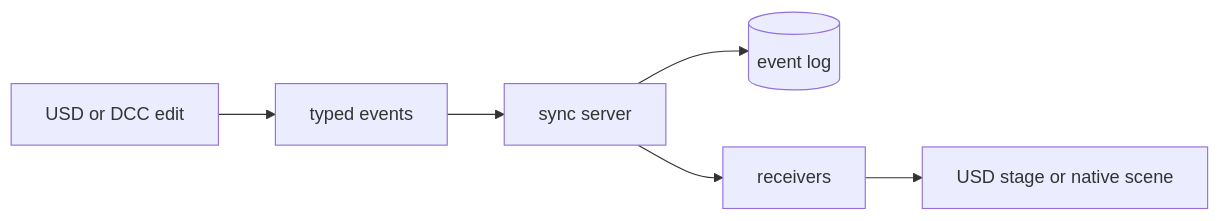
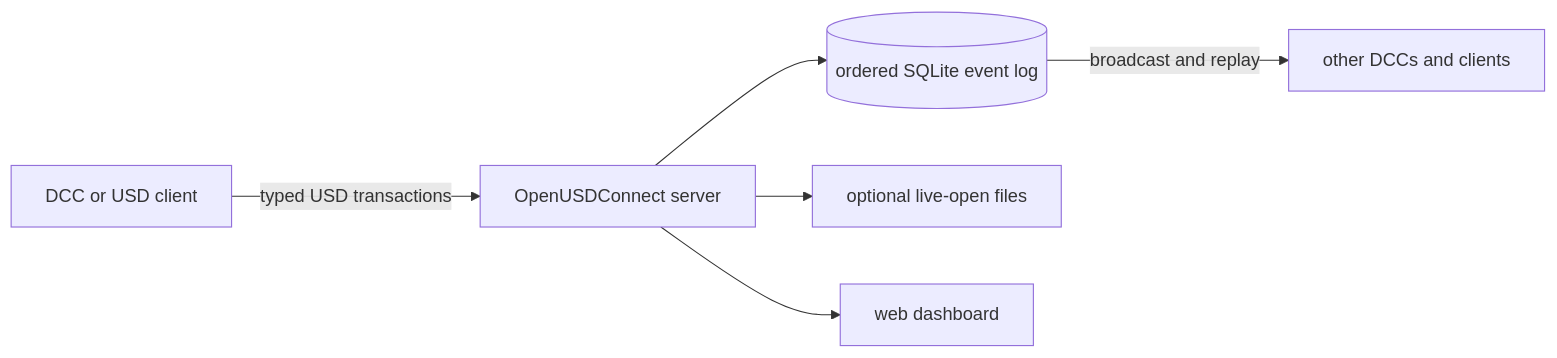
Before and after one commit to RoboticHuman/OpenUSDConnect: the diagram in README.md, drawn with Mermaid. The commit also changed other lines of this file and 7 other files, not shown here.

Commit message:
Improve first-run documentation and live-open onboarding

````diff
--- a/README.md
+++ b/README.md
@@ -12,8 +100,8 @@
 ```mermaid
 flowchart LR
-    A["USD or DCC edit"] --> E["typed events"]
-    E --> S["sync server"]
-    S --> L[("event log")]
-    S --> R["receivers"]
-    R --> U["USD stage or native scene"]
+    A["DCC or USD client"] -- "typed USD transactions" --> S["OpenUSDConnect server"]
+    S --> L[("ordered SQLite event log")]
+    L -- "broadcast and replay" --> B["other DCCs and clients"]
+    S --> V["optional live-open files"]
+    S --> D["web dashboard"]
 ```
````
